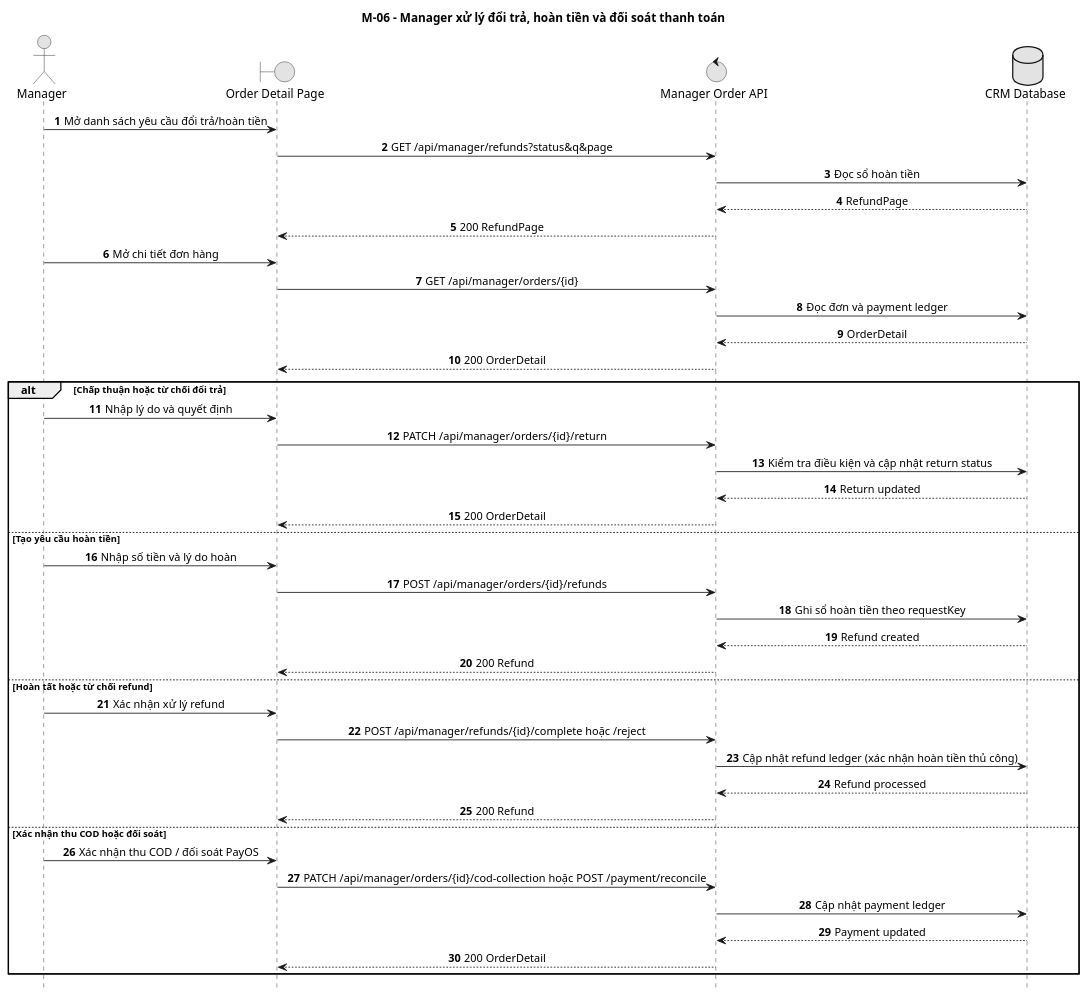
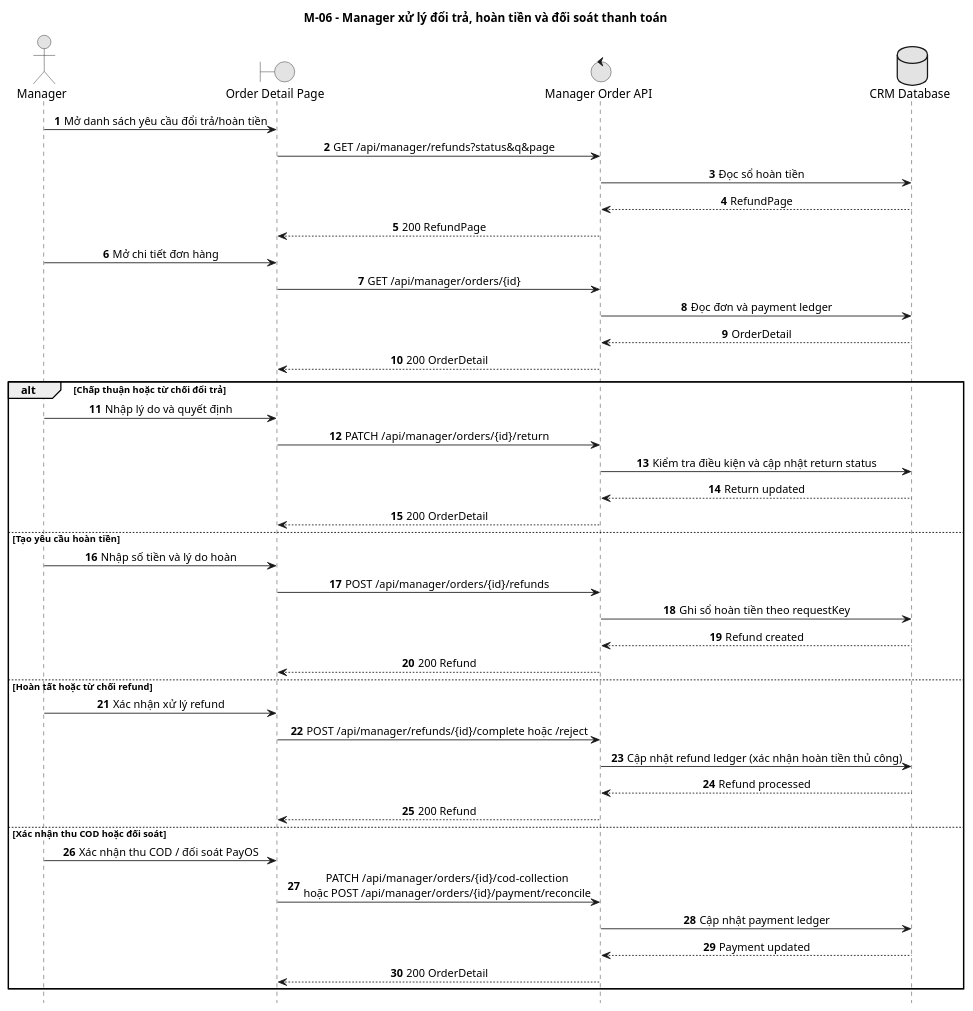
The diagram in docs/diagrams/sequence-new/manager/M-06-return-refund-payment.puml (duygri/do-an-htttdn-crm), drawn with PlantUML before and after one commit. The commit also changed 20 other files, not shown here.

Commit message:
docs: correct CRM workflow diagrams and clarify PayOS auto-cancellation behavior

```diff
--- a/docs/diagrams/sequence-new/manager/M-06-return-refund-payment.puml
+++ b/docs/diagrams/sequence-new/manager/M-06-return-refund-payment.puml
@@ -1,51 +1,51 @@
 @startuml
 title M-06 - Manager xử lý đổi trả, hoàn tiền và đối soát thanh toán
 autonumber
 hide footbox
 skinparam monochrome true
 skinparam sequenceMessageAlign center
 skinparam responseMessageBelowArrow true
 
 actor Manager
 boundary "Order Detail Page" as Web
 control "Manager Order API" as API
 database "CRM Database" as DB
 
 Manager -> Web: Mở danh sách yêu cầu đổi trả/hoàn tiền
 Web -> API: GET /api/manager/refunds?status&q&page
 API -> DB: Đọc sổ hoàn tiền
 DB --> API: RefundPage
 API --> Web: 200 RefundPage
 
 Manager -> Web: Mở chi tiết đơn hàng
 Web -> API: GET /api/manager/orders/{id}
 API -> DB: Đọc đơn và payment ledger
 DB --> API: OrderDetail
 API --> Web: 200 OrderDetail
 
 alt Chấp thuận hoặc từ chối đổi trả
   Manager -> Web: Nhập lý do và quyết định
   Web -> API: PATCH /api/manager/orders/{id}/return
   API -> DB: Kiểm tra điều kiện và cập nhật return status
   DB --> API: Return updated
   API --> Web: 200 OrderDetail
 else Tạo yêu cầu hoàn tiền
   Manager -> Web: Nhập số tiền và lý do hoàn
   Web -> API: POST /api/manager/orders/{id}/refunds
   API -> DB: Ghi sổ hoàn tiền theo requestKey
   DB --> API: Refund created
   API --> Web: 200 Refund
 else Hoàn tất hoặc từ chối refund
   Manager -> Web: Xác nhận xử lý refund
   Web -> API: POST /api/manager/refunds/{id}/complete hoặc /reject
   API -> DB: Cập nhật refund ledger (xác nhận hoàn tiền thủ công)
   DB --> API: Refund processed
   API --> Web: 200 Refund
 else Xác nhận thu COD hoặc đối soát
   Manager -> Web: Xác nhận thu COD / đối soát PayOS
-  Web -> API: PATCH /api/manager/orders/{id}/cod-collection hoặc POST /payment/reconcile
+  Web -> API: PATCH /api/manager/orders/{id}/cod-collection\nhoặc POST /api/manager/orders/{id}/payment/reconcile
   API -> DB: Cập nhật payment ledger
   DB --> API: Payment updated
   API --> Web: 200 OrderDetail
 end
 @enduml
```
